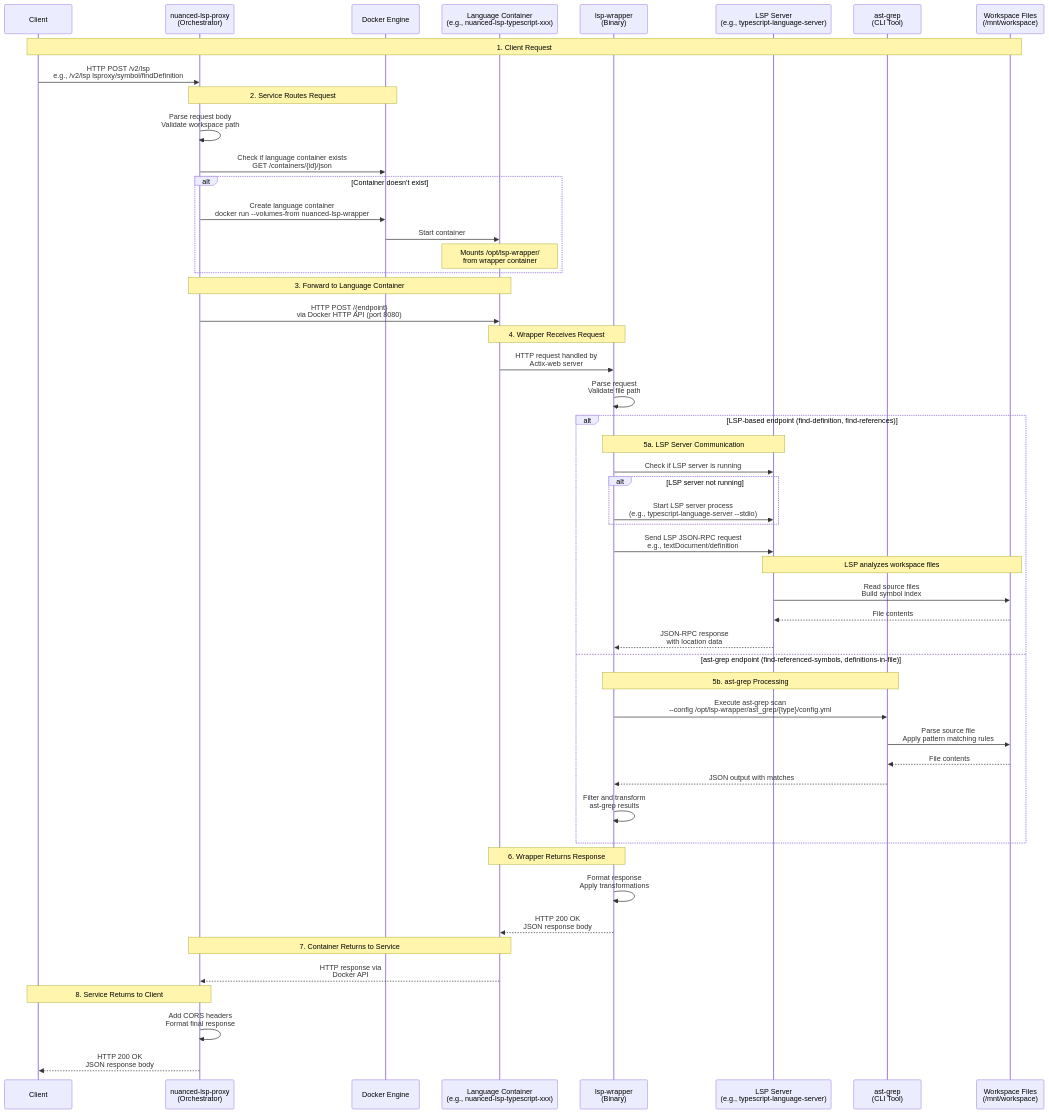
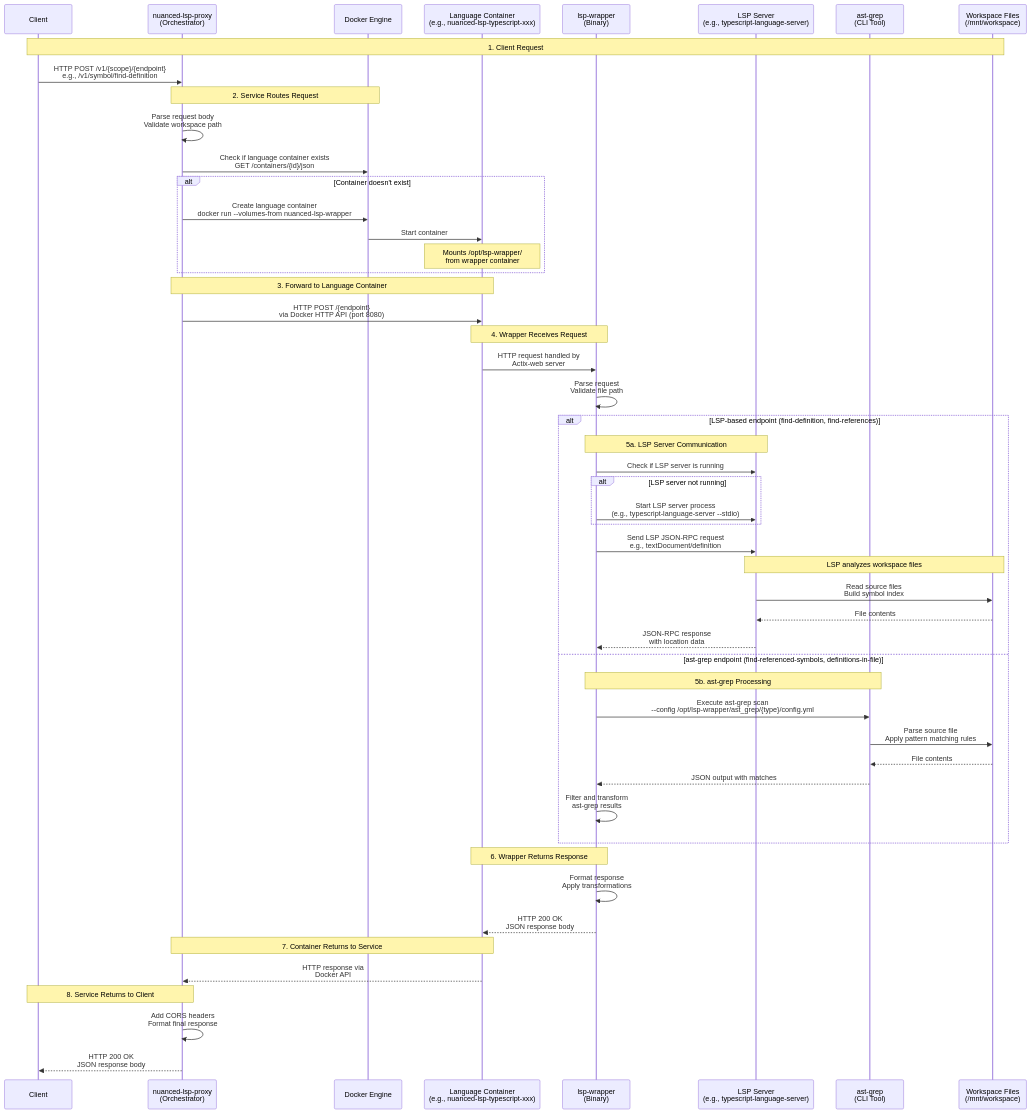
One commit to nuanced-dev/lsproxy changed the diagram in docs/architecture.md. Above: the diagram before and after it, drawn with Mermaid. The commit also changed other lines of this file and 38 other files, not shown here.

````diff
--- a/docs/architecture.md
+++ b/docs/architecture.md
@@ -9,64 +9,64 @@
 ```mermaid
 sequenceDiagram
     participant Client
     participant Service as nuanced-lsp-proxy<br/>(Orchestrator)
     participant Docker as Docker Engine
     participant LangContainer as Language Container<br/>(e.g., nuanced-lsp-typescript-xxx)
     participant Wrapper as lsp-wrapper<br/>(Binary)
     participant LSP as LSP Server<br/>(e.g., typescript-language-server)
     participant AstGrep as ast-grep<br/>(CLI Tool)
     participant Workspace as Workspace Files<br/>(/mnt/workspace)
 
     Note over Client,Workspace: 1. Client Request
-    Client->>Service: HTTP POST /v2/lsp<br/>e.g., /v2/lsp lsproxy/symbol/findDefinition
+    Client->>Service: HTTP POST /v1/{scope}/{endpoint}<br/>e.g., /v1/symbol/find-definition
 
     Note over Service,Docker: 2. Service Routes Request
     Service->>Service: Parse request body<br/>Validate workspace path
     Service->>Docker: Check if language container exists<br/>GET /containers/{id}/json
 
     alt Container doesn't exist
         Service->>Docker: Create language container<br/>docker run --volumes-from nuanced-lsp-wrapper
         Docker->>LangContainer: Start container
         Note over LangContainer: Mounts /opt/lsp-wrapper/<br/>from wrapper container
     end
 
     Note over Service,LangContainer: 3. Forward to Language Container
     Service->>LangContainer: HTTP POST /{endpoint}<br/>via Docker HTTP API (port 8080)
 
     Note over LangContainer,Wrapper: 4. Wrapper Receives Request
     LangContainer->>Wrapper: HTTP request handled by<br/>Actix-web server
     Wrapper->>Wrapper: Parse request<br/>Validate file path
 
     alt LSP-based endpoint (find-definition, find-references)
         Note over Wrapper,LSP: 5a. LSP Server Communication
         Wrapper->>LSP: Check if LSP server is running
         alt LSP server not running
             Wrapper->>LSP: Start LSP server process<br/>(e.g., typescript-language-server --stdio)
         end
 
         Wrapper->>LSP: Send LSP JSON-RPC request<br/>e.g., textDocument/definition
         Note over LSP,Workspace: LSP analyzes workspace files
         LSP->>Workspace: Read source files<br/>Build symbol index
         Workspace-->>LSP: File contents
         LSP-->>Wrapper: JSON-RPC response<br/>with location data
 
     else ast-grep endpoint (find-referenced-symbols, definitions-in-file)
         Note over Wrapper,AstGrep: 5b. ast-grep Processing
         Wrapper->>AstGrep: Execute ast-grep scan<br/>--config /opt/lsp-wrapper/ast_grep/{type}/config.yml
         AstGrep->>Workspace: Parse source file<br/>Apply pattern matching rules
         Workspace-->>AstGrep: File contents
         AstGrep-->>Wrapper: JSON output with matches
         Wrapper->>Wrapper: Filter and transform<br/>ast-grep results
     end
 
     Note over Wrapper,LangContainer: 6. Wrapper Returns Response
     Wrapper->>Wrapper: Format response<br/>Apply transformations
     Wrapper-->>LangContainer: HTTP 200 OK<br/>JSON response body
 
     Note over LangContainer,Service: 7. Container Returns to Service
     LangContainer-->>Service: HTTP response via<br/>Docker API
 
     Note over Service,Client: 8. Service Returns to Client
     Service->>Service: Add CORS headers<br/>Format final response
     Service-->>Client: HTTP 200 OK<br/>JSON response body
 ```
````
